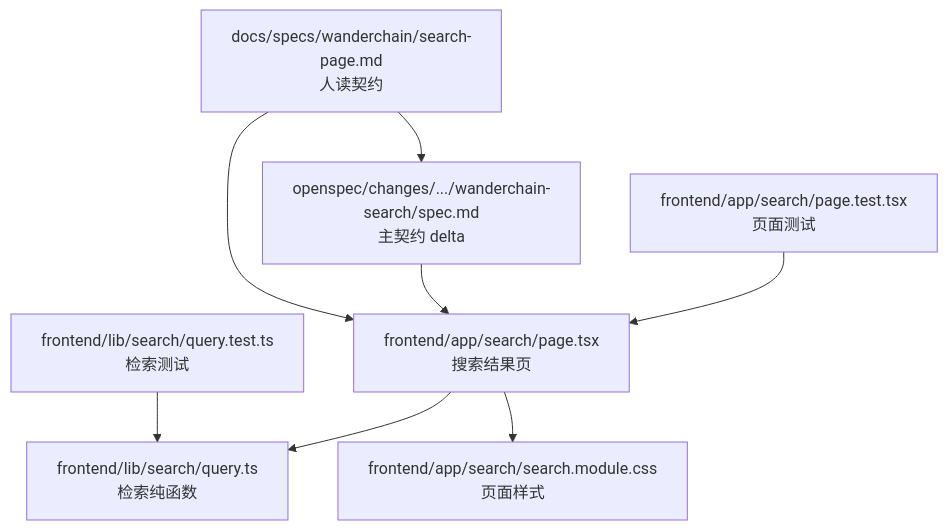
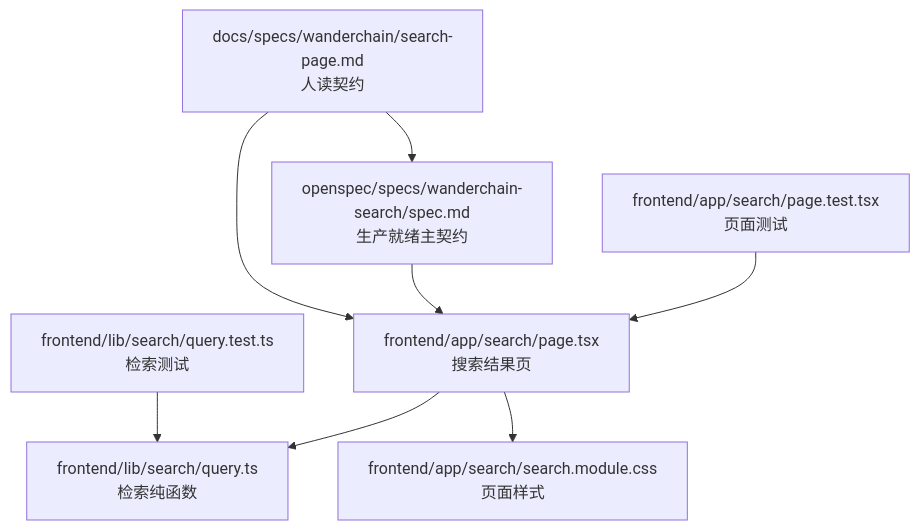
The first of 7 diagrams in .qoder/repowiki/zh/content/规格驱动开发/WanderChain 首页规格文档/WanderChain 搜索页面规格.md (luyitiger6/my-first-project), drawn with Mermaid before and after one commit. The commit also changed other lines of this file and 33 other files, not shown here.

````diff
--- a/.qoder/repowiki/zh/content/规格驱动开发/WanderChain 首页规格文档/WanderChain 搜索页面规格.md
+++ b/.qoder/repowiki/zh/content/规格驱动开发/WanderChain 首页规格文档/WanderChain 搜索页面规格.md
@@ -42,10 +49,10 @@
 ```mermaid
 graph TB
-A["docs/specs/wanderchain/search-page.md<br/>人读契约"] --> B["openspec/changes/.../wanderchain-search/spec.md<br/>主契约 delta"]
+A["docs/specs/wanderchain/search-page.md<br/>人读契约"] --> B["openspec/specs/wanderchain-search/spec.md<br/>生产就绪主契约"]
 C["frontend/app/search/page.tsx<br/>搜索结果页"] --> D["frontend/lib/search/query.ts<br/>检索纯函数"]
 C --> E["frontend/app/search/search.module.css<br/>页面样式"]
 F["frontend/app/search/page.test.tsx<br/>页面测试"] --> C
 G["frontend/lib/search/query.test.ts<br/>检索测试"] --> D
 B --> C
 A --> C
 ```
````
